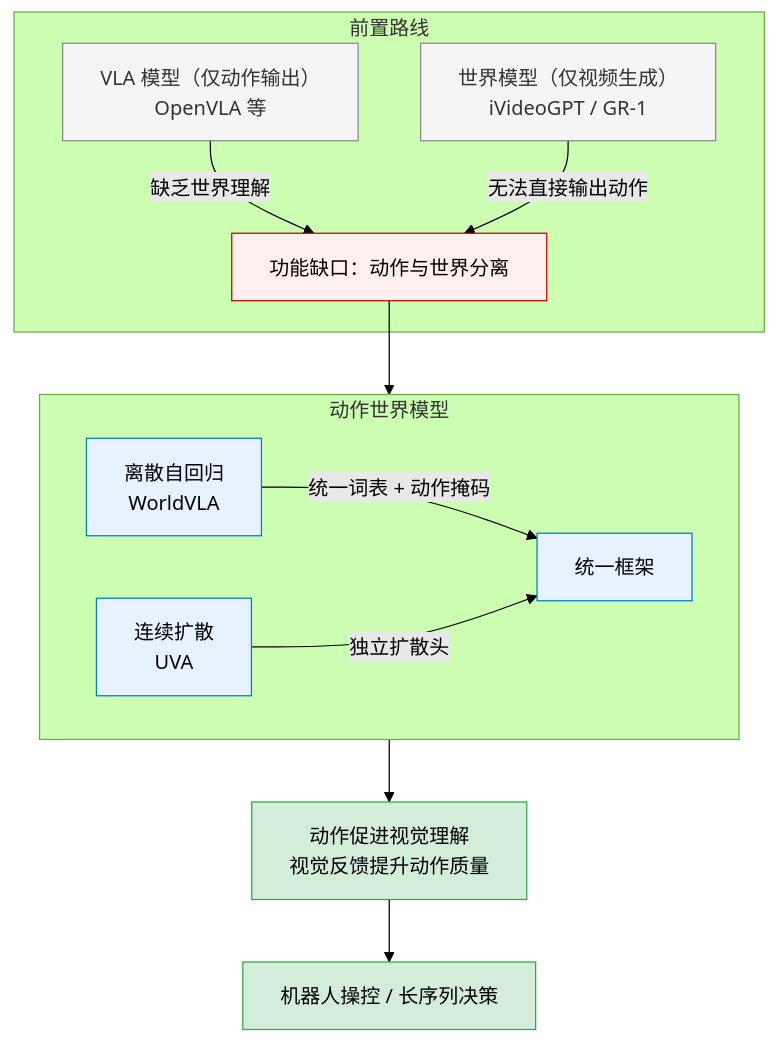
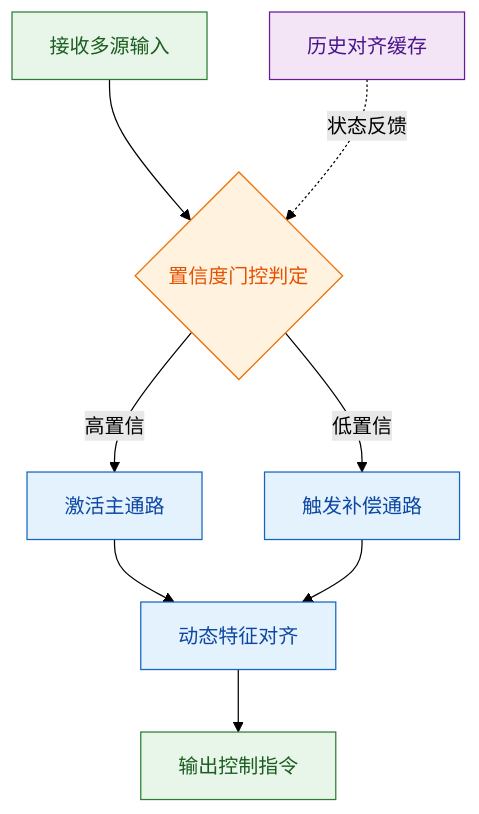
Before and after one commit to ShinewineW/paper-rolling: the tenth of 10 diagrams in person_vault/2026-06-08_WorldVLA_2506.21539/report.md, drawn with Mermaid (forest theme). The commit also changed other lines of this file and 300 other files, not shown here.

````diff
--- a/person_vault/2026-06-08_WorldVLA_2506.21539/report.md
+++ b/person_vault/2026-06-08_WorldVLA_2506.21539/report.md
@@ -518,24 +470,15 @@
 ```mermaid
-flowchart TB
-    subgraph Pre["前置路线"]
-        VLA_legacy["VLA 模型（仅动作输出）<br/>OpenVLA 等"] -->|缺乏世界理解| Gap
-        WM_legacy["世界模型（仅视频生成）<br/>iVideoGPT / GR-1"] -->|无法直接输出动作| Gap
-    end
-    Gap["功能缺口：动作与世界分离"] --> AWM
-    subgraph AWM["动作世界模型"]
-        direction LR
-        Discrete["离散自回归<br/>WorldVLA"] -->|统一词表 + 动作掩码| Unified["统一框架"]
-        Continuous["连续扩散<br/>UVA"] -->|独立扩散头| Unified
-    end
-    Unified --> Mutual["动作促进视觉理解<br/>视觉反馈提升动作质量"]
-    Mutual --> App["机器人操控 / 长序列决策"]
+flowchart TD
+    classDef start fill:#e8f5e9,stroke:#2e7d32,color:#1b5e20
+    classDef process fill:#e3f2fd,stroke:#1565c0,color:#0d47a1
+    classDef decision fill:#fff3e0,stroke:#ef6c00,color:#e65100
+    classDef data fill:#f3e5f5,stroke:#6a1b9a,color:#4a148c
 
-    classDef legacy fill:#f5f5f5,stroke:#888,color:#333
-    classDef gap fill:#fff0f0,stroke:#cc0000,color:#000
-    classDef awm fill:#e6f3ff,stroke:#007acc,color:#000
-    classDef target fill:#d4edda,stroke:#28a745,color:#000
-    class VLA_legacy,WM_legacy legacy
-    class Gap gap
-    class Discrete,Continuous,Unified awm
-    class Mutual,App target
+    raw_input["接收多源输入"]:::start --> conf_gate{置信度门控判定}:::decision
+    conf_gate -->|高置信| route_high["激活主通路"]:::process
+    conf_gate -->|低置信| route_low["触发补偿通路"]:::process
+    route_high --> fuse_align["动态特征对齐"]:::process
+    route_low --> fuse_align
+    fuse_align --> ctrl_out["输出控制指令"]:::start
+    fuse_ctrl["历史对齐缓存"]:::data -.->|状态反馈| conf_gate
 ```
````
